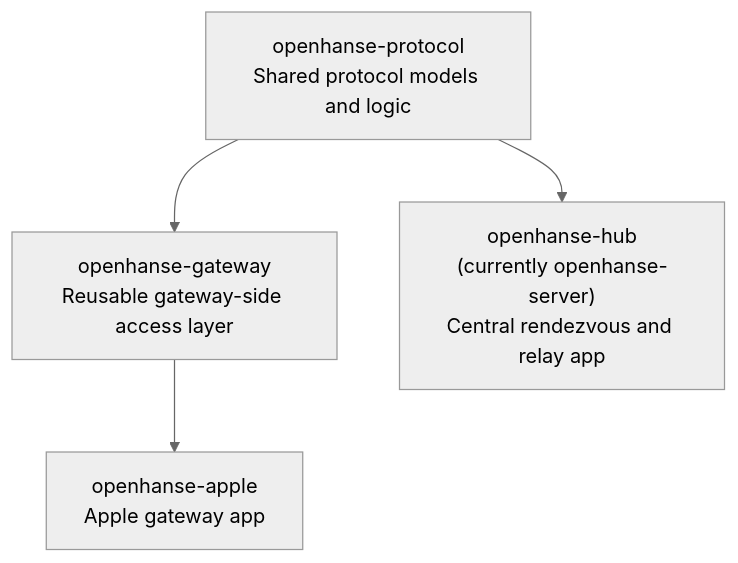
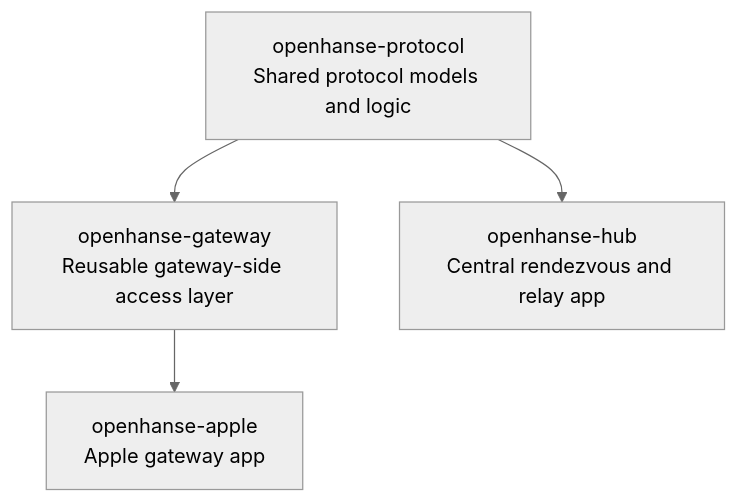
Before and after one commit to OpenHanse/openhanse: the first of 2 diagrams in README.md, drawn with Mermaid (neutral theme). The commit also changed other lines of this file and 1 other file, not shown here.

Commit message:
[*] rename openhanse-server to openhanse-hub

````diff
--- a/README.md
+++ b/README.md
@@ -28,11 +28,11 @@
 ```mermaid
 graph TD
     Protocol["openhanse-protocol<br/>Shared protocol models and logic"]
     GatewayCore["openhanse-gateway<br/>Reusable gateway-side access layer"]
-    Hub["openhanse-hub<br/>(currently openhanse-server)<br/>Central rendezvous and relay app"]
+    Hub["openhanse-hub<br/>Central rendezvous and relay app"]
     Apple["openhanse-apple<br/>Apple gateway app"]
 
     Protocol --> GatewayCore
     Protocol --> Hub
     GatewayCore --> Apple
 ```
````
